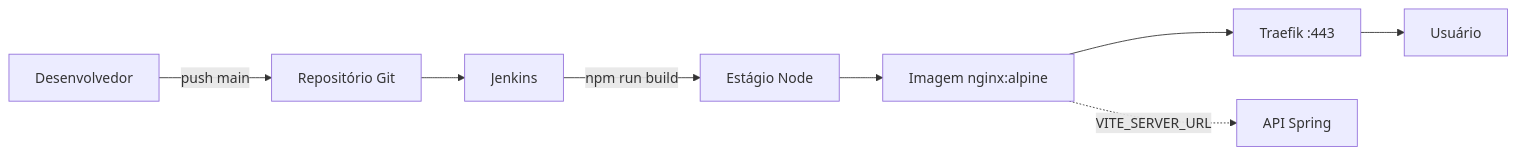
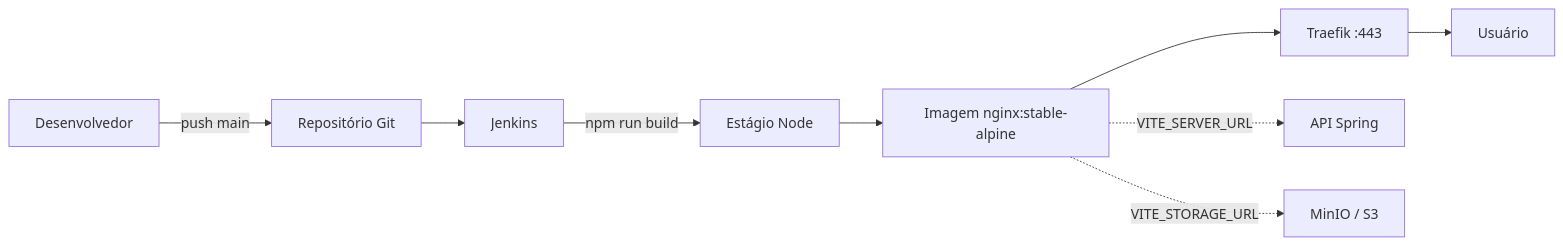
Before and after one commit to viniciuspegorini/pw45s: the diagram in aula11/client/Readme.MD, drawn with Mermaid. The commit also changed other lines of this file and 60 other files, not shown here.

````diff
--- a/aula11/client/Readme.MD
+++ b/aula11/client/Readme.MD
@@ -7,10 +9,11 @@
 ```mermaid
 flowchart LR
   Dev[Desenvolvedor] -->|push main| Git[Repositório Git]
   Git --> Jenkins[Jenkins]
   Jenkins -->|npm run build| Build[Estágio Node]
-  Build --> Nginx[Imagem nginx:alpine]
+  Build --> Nginx[Imagem nginx:stable-alpine]
   Nginx --> Traefik[Traefik :443]
   Traefik --> User[Usuário]
   Nginx -.->|VITE_SERVER_URL| API[API Spring]
+  Nginx -.->|VITE_STORAGE_URL| S3[MinIO / S3]
 ```
````
